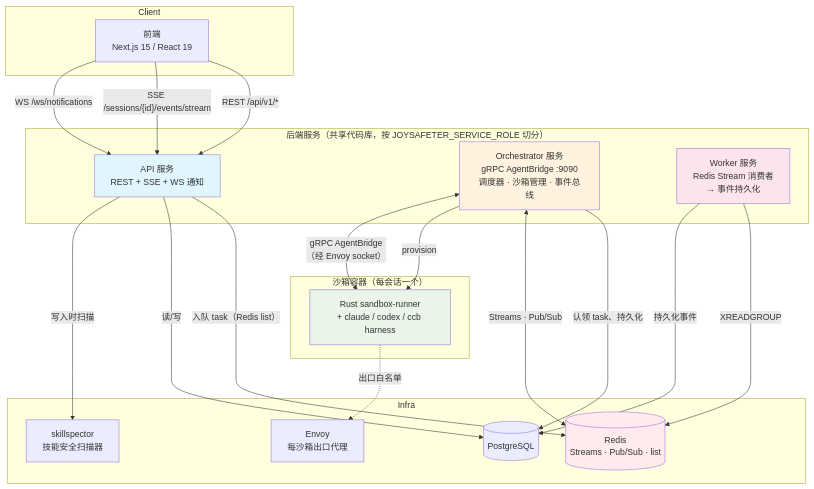
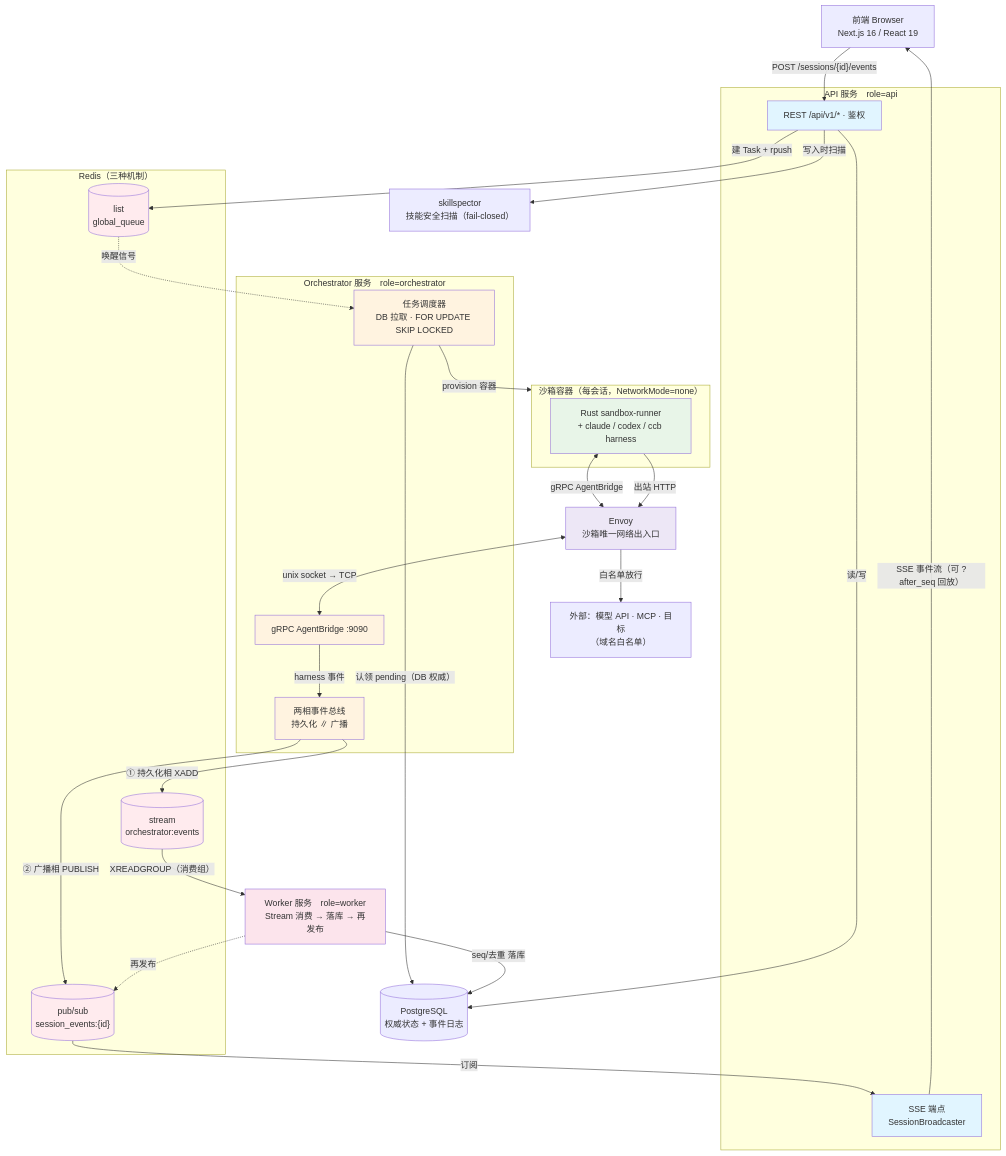
One commit to jd-opensource/JoySafeter changed the first of 2 diagrams in docs/ARCHITECTURE_CN.md. Above: the diagram before and after it, drawn with Mermaid. The commit also changed 5 other files, not shown here.

First line of the commit message:
Update README and architecture documentation for JoySafeter

````diff
--- a/docs/ARCHITECTURE_CN.md
+++ b/docs/ARCHITECTURE_CN.md
@@ -23,45 +23,70 @@
 ```mermaid
 flowchart TB
-    subgraph Client
-        FE["前端<br/>Next.js 15 / React 19"]
+    FE["前端 Browser<br/>Next.js 16 / React 19"]
+
+    subgraph API_S["API 服务　role=api"]
+        API["REST /api/v1/* · 鉴权"]
+        BC["SSE 端点<br/>SessionBroadcaster"]
     end
 
-    subgraph Services["后端服务（共享代码库，按 JOYSAFETER_SERVICE_ROLE 切分）"]
-        API["API 服务<br/>REST + SSE + WS 通知"]
-        ORCH["Orchestrator 服务<br/>gRPC AgentBridge :9090<br/>调度器 · 沙箱管理 · 事件总线"]
-        WORKER["Worker 服务<br/>Redis Stream 消费者<br/>→ 事件持久化"]
+    subgraph ORCH_S["Orchestrator 服务　role=orchestrator"]
+        SCHED["任务调度器<br/>DB 拉取 · FOR UPDATE SKIP LOCKED"]
+        GRPC["gRPC AgentBridge :9090"]
+        BUS["两相事件总线<br/>持久化 ∥ 广播"]
     end
 
-    subgraph Infra
-        PG[("PostgreSQL")]
-        REDIS[("Redis<br/>Streams · Pub/Sub · list")]
-        ENVOY["Envoy<br/>每沙箱出口代理"]
-        SKILLSPECTOR["skillspector<br/>技能安全扫描器"]
+    WK["Worker 服务　role=worker<br/>Stream 消费 → 落库 → 再发布"]
+
+    subgraph REDIS["Redis（三种机制）"]
+        RLIST[("list<br/>global_queue")]
+        RSTREAM[("stream<br/>orchestrator:events")]
+        RPUB[("pub/sub<br/>session_events:{id}")]
     end
+    PG[("PostgreSQL<br/>权威状态 + 事件日志")]
+    SKILLSPECTOR["skillspector<br/>技能安全扫描（fail-closed）"]
 
-    subgraph Sandboxes["沙箱容器（每会话一个）"]
-        RUNNER["Rust sandbox-runner<br/>+ claude / codex / ccb harness"]
+    subgraph SBX["沙箱容器（每会话，NetworkMode=none）"]
+        RUN["Rust sandbox-runner<br/>+ claude / codex / ccb harness"]
     end
+    ENVOY["Envoy<br/>沙箱唯一网络出入口"]
+    EXT["外部：模型 API · MCP · 目标<br/>（域名白名单）"]
 
-    FE -->|"REST /api/v1/*"| API
-    FE -->|"SSE /sessions/{id}/events/stream"| API
-    FE -->|"WS /ws/notifications"| API
+    %% 提交与调度
+    FE -->|"POST /sessions/{id}/events"| API
+    API -->|"建 Task + rpush"| RLIST
+    API -->|"读/写"| PG
+    API -->|"写入时扫描"| SKILLSPECTOR
+    RLIST -.->|"唤醒信号"| SCHED
+    SCHED -->|"认领 pending（DB 权威）"| PG
+    SCHED -->|"provision 容器"| SBX
 
-    API -->|"入队 task（Redis list）"| REDIS
-    API -->|"读/写"| PG
-    ORCH -->|"认领 task、持久化"| PG
-    ORCH <-->|"Streams · Pub/Sub"| REDIS
-    WORKER -->|"XREADGROUP"| REDIS
-    WORKER -->|"持久化事件"| PG
+    %% 沙箱流量全部经 Envoy
+    RUN <-->|"gRPC AgentBridge"| ENVOY
+    ENVOY <-->|"unix socket → TCP"| GRPC
+    RUN -->|"出站 HTTP"| ENVOY
+    ENVOY -->|"白名单放行"| EXT
 
-    ORCH -->|"provision"| RUNNER
-    RUNNER <-->|"gRPC AgentBridge<br/>（经 Envoy socket）"| ORCH
-    RUNNER -.->|"出口白名单"| ENVOY
-    API -->|"写入时扫描"| SKILLSPECTOR
+    %% 事件两相
+    GRPC -->|"harness 事件"| BUS
+    BUS -->|"① 持久化相 XADD"| RSTREAM
+    BUS -->|"② 广播相 PUBLISH"| RPUB
+    RSTREAM -->|"XREADGROUP（消费组）"| WK
+    WK -->|"seq/去重 落库"| PG
+    WK -.->|"再发布"| RPUB
+
+    %% SSE 回流到浏览器
+    RPUB -->|"订阅"| BC
+    BC -->|"SSE 事件流（可 ?after_seq 回放）"| FE
 
     style API fill:#e1f5ff
-    style ORCH fill:#fff3e0
-    style WORKER fill:#fce4ec
-    style REDIS fill:#ffebee
-    style RUNNER fill:#e8f5e8
+    style BC fill:#e1f5ff
+    style SCHED fill:#fff3e0
+    style GRPC fill:#fff3e0
+    style BUS fill:#fff3e0
+    style WK fill:#fce4ec
+    style RLIST fill:#ffebee
+    style RSTREAM fill:#ffebee
+    style RPUB fill:#ffebee
+    style RUN fill:#e8f5e8
+    style ENVOY fill:#ede7f6
 ```
````
